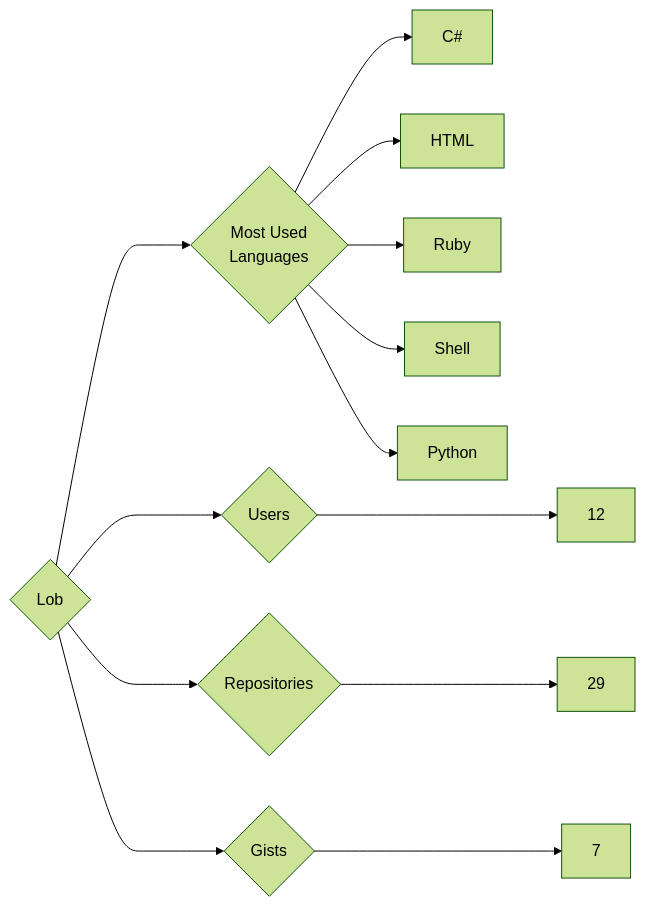
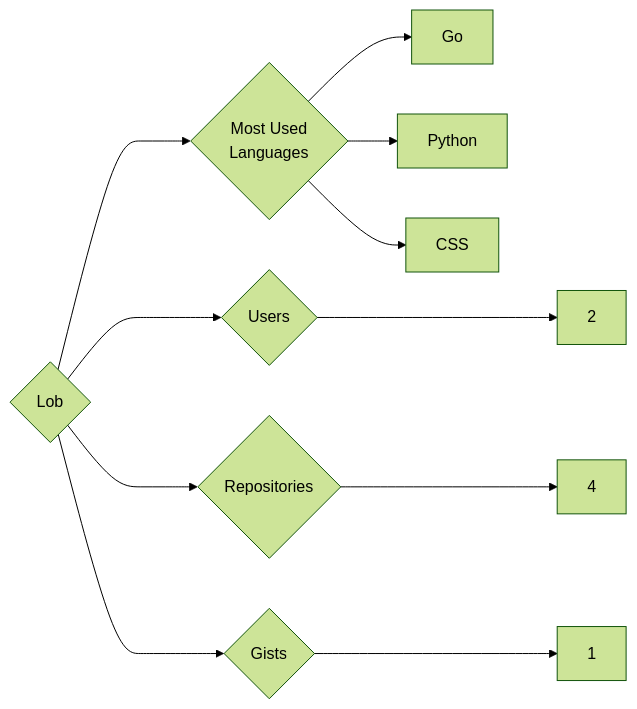
One commit to trickest/insiders changed the diagram in targets/Lob/README.md. Above: the diagram before and after it, drawn with Mermaid (forest theme). The commit also changed 903 other files, not shown here.

````diff
--- a/targets/Lob/README.md
+++ b/targets/Lob/README.md
@@ -3,13 +3,11 @@
 ```mermaid
 graph LR
 COMPANY_NAME{Lob}
-COMPANY_NAME ---> U{Users} ---> UN[12]
-COMPANY_NAME ---> R{Repositories} ---> RN[29]
-COMPANY_NAME ---> G{Gists} ---> GN[7]
+COMPANY_NAME ---> U{Users} ---> UN[2]
+COMPANY_NAME ---> R{Repositories} ---> RN[4]
+COMPANY_NAME ---> G{Gists} ---> GN[1]
 COMPANY_NAME ---> ML{Most Used<br>Languages}
-ML --> C#[C#]
-ML --> HTML[HTML]
-ML --> Ruby[Ruby]
-ML --> Shell[Shell]
+ML --> Go[Go]
 ML --> Python[Python]
+ML --> CSS[CSS]
 ```
````
